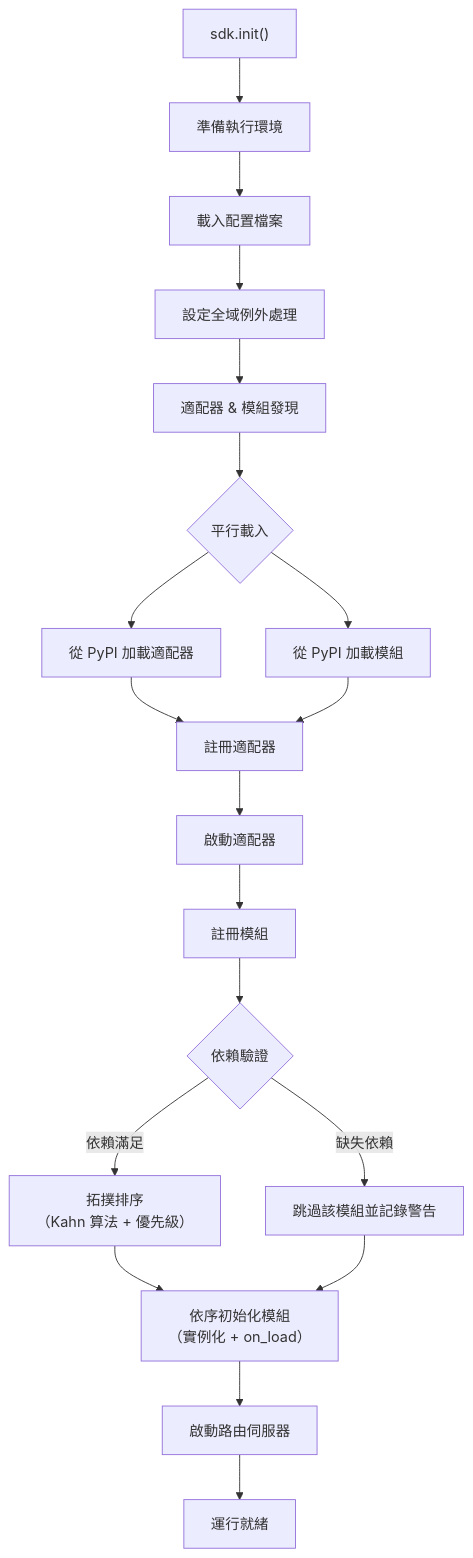
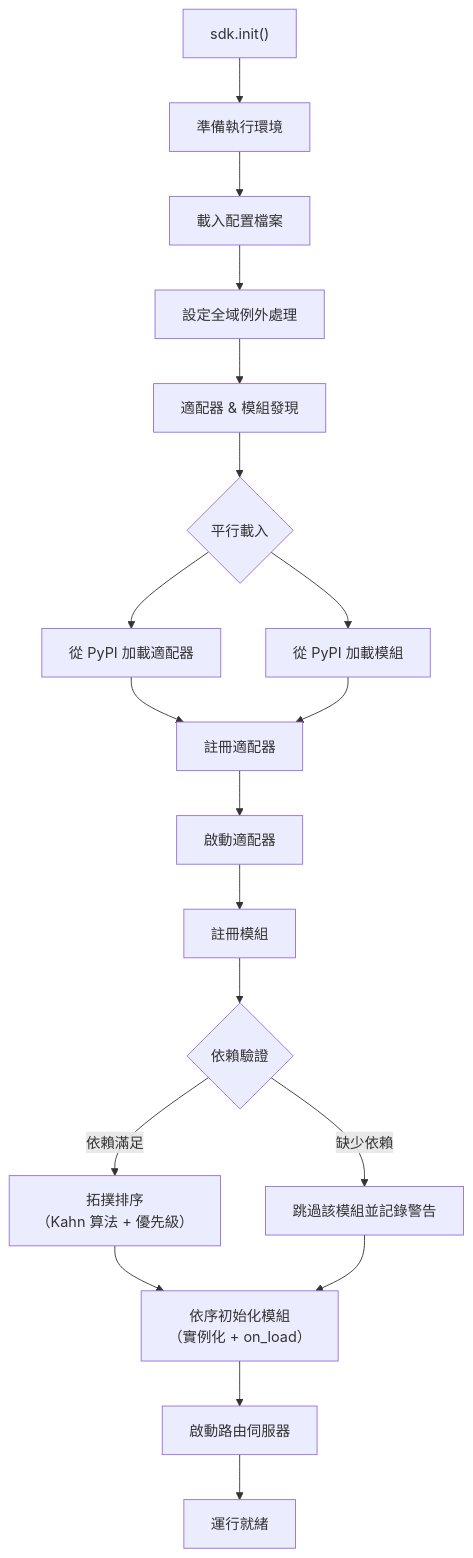
The second of 8 diagrams in docs/zh-TW/architecture.md (ErisPulse/ErisPulse), drawn with Mermaid before and after one commit. The commit also changed other lines of this file and 143 other files, not shown here.

````diff
--- a/docs/zh-TW/architecture.md
+++ b/docs/zh-TW/architecture.md
@@ -63,20 +63,20 @@
 ```mermaid
 flowchart TD
     A["sdk.init()"] --> B["準備執行環境"]
     B --> B1["載入配置檔案"]
     B1 --> B2["設定全域例外處理"]
     B2 --> C["適配器 & 模組發現"]
     C --> D{"平行載入"}
     D --> D1["從 PyPI 加載適配器"]
     D --> D2["從 PyPI 加載模組"]
     D1 & D2 --> E["註冊適配器"]
     E --> E1["啟動適配器"]
     E1 --> F["註冊模組"]
     F --> F1{"依賴驗證"}
-    F1 -->|"缺失依賴"| F2["跳過該模組並記錄警告"]
+    F1 -->|"缺少依賴"| F2["跳過該模組並記錄警告"]
     F1 -->|"依賴滿足"| F3["拓撲排序<br/>（Kahn 算法 + 優先級）"]
     F3 --> G["依序初始化模組<br/>（實例化 + on_load）"]
     F2 --> G
     G --> H["啟動路由伺服器"]
     H --> K["運行就緒"]
 ```
````
